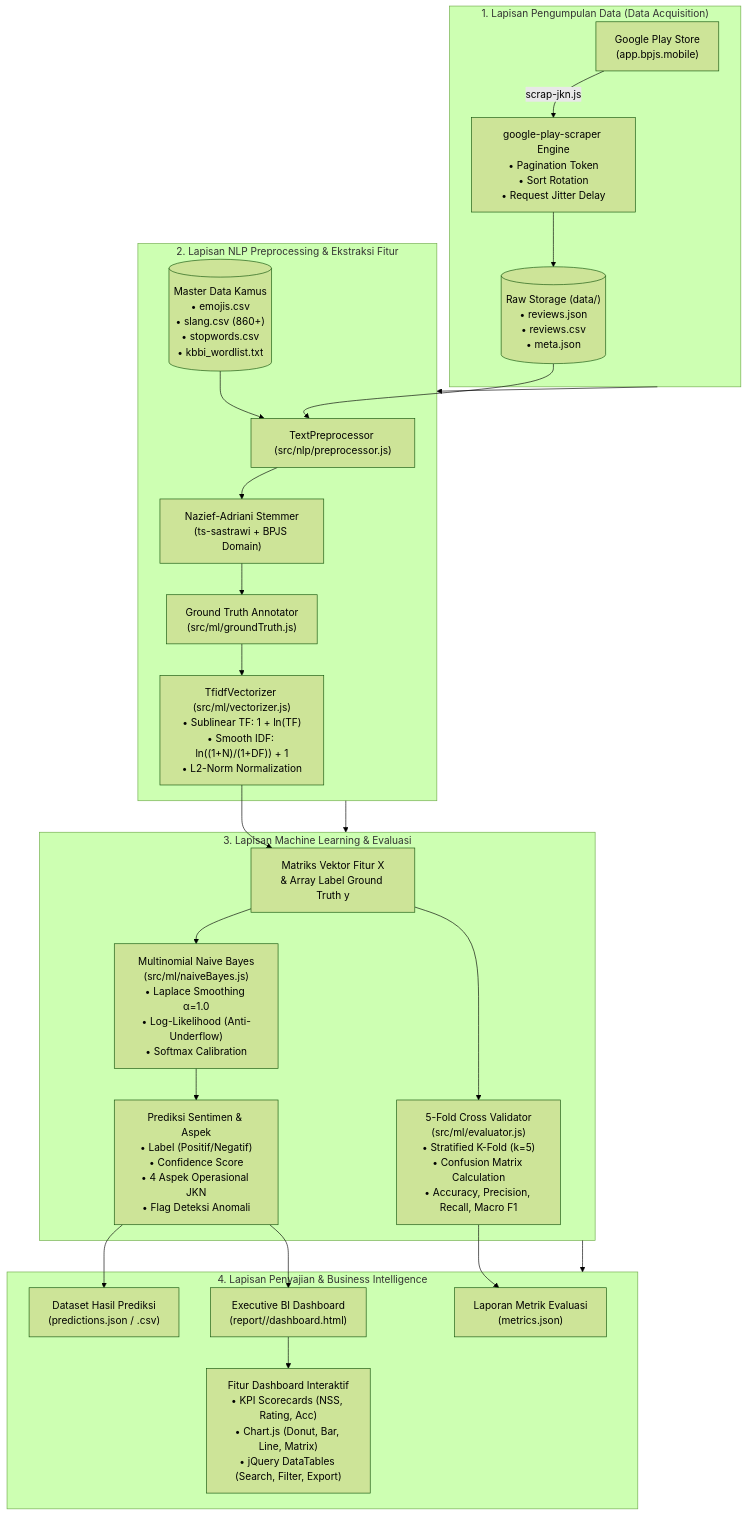
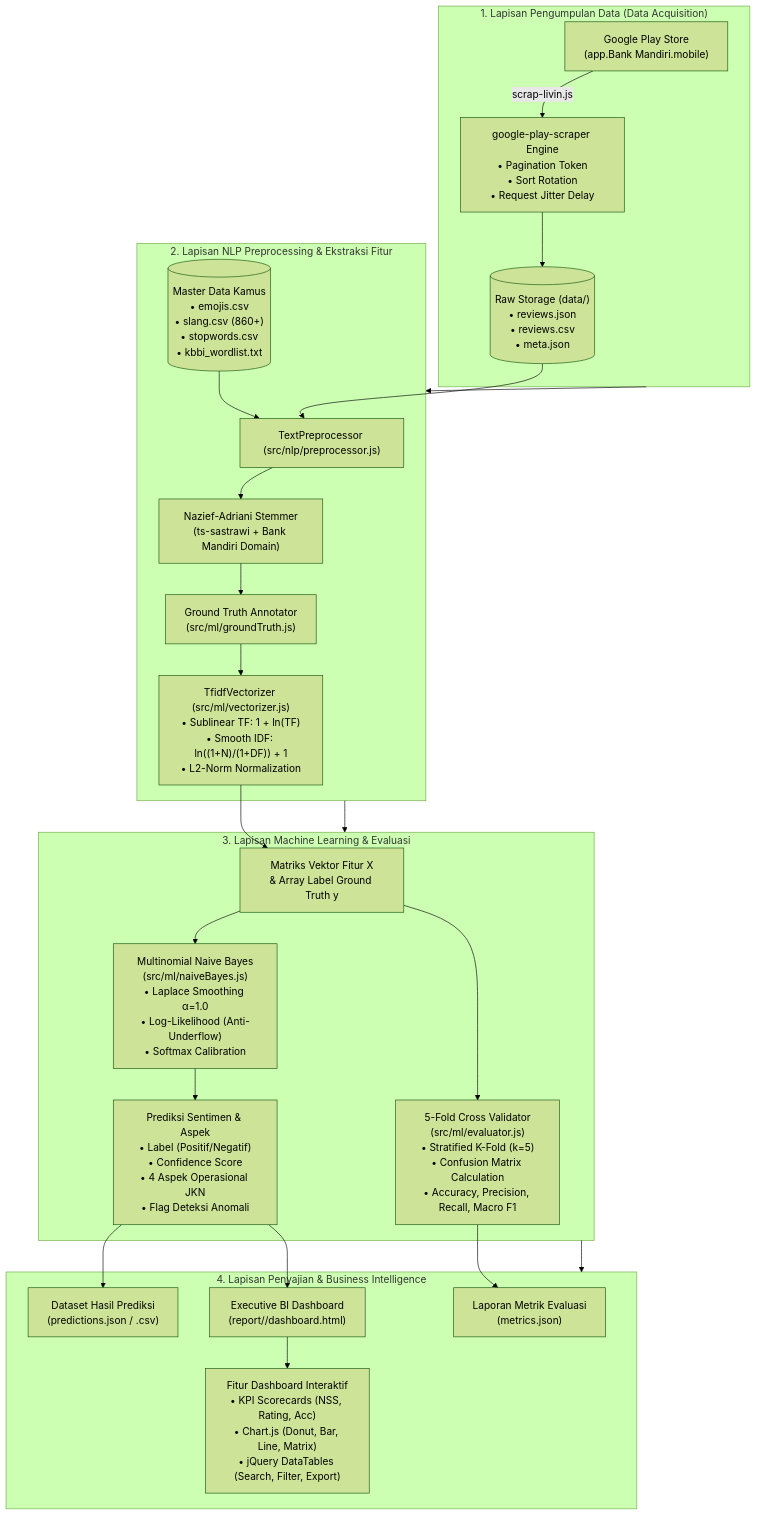
Before and after one commit to presidendjakarta/Binus-s2-Business-Intelligence-and-Analytics-TK: the first of 6 diagrams in docs/03_flowchart_dan_arsitektur.md, drawn with Mermaid (forest theme). The commit also changed other lines of this file and 57 other files, not shown here.

Commit message:
feat: implement Play Store data mining pipeline, NLP analysis tools, and comprehensive reporting system

````diff
--- a/docs/03_flowchart_dan_arsitektur.md
+++ b/docs/03_flowchart_dan_arsitektur.md
@@ -30,33 +30,33 @@
 ```mermaid
 flowchart TD
     subgraph Layer_1_Ingestion ["1. Lapisan Pengumpulan Data (Data Acquisition)"]
-        A1["Google Play Store<br>(app.bpjs.mobile)"] -->|scrap-jkn.js| A2["google-play-scraper Engine<br>• Pagination Token<br>• Sort Rotation<br>• Request Jitter Delay"]
+        A1["Google Play Store<br>(app.Bank Mandiri.mobile)"] -->|scrap-livin.js| A2["google-play-scraper Engine<br>• Pagination Token<br>• Sort Rotation<br>• Request Jitter Delay"]
         A2 --> A3[("Raw Storage (data/)<br>• reviews.json<br>• reviews.csv<br>• meta.json")]
     end
 
     subgraph Layer_2_Preparation ["2. Lapisan NLP Preprocessing & Ekstraksi Fitur"]
         A3 --> B1["TextPreprocessor (src/nlp/preprocessor.js)"]
         B0[("Master Data Kamus<br>• emojis.csv<br>• slang.csv (860+)<br>• stopwords.csv<br>• kbbi_wordlist.txt")] --> B1
-        B1 --> B2["Nazief-Adriani Stemmer<br>(ts-sastrawi + BPJS Domain)"]
+        B1 --> B2["Nazief-Adriani Stemmer<br>(ts-sastrawi + Bank Mandiri Domain)"]
         B2 --> B3["Ground Truth Annotator<br>(src/ml/groundTruth.js)"]
         B3 --> B4["TfidfVectorizer (src/ml/vectorizer.js)<br>• Sublinear TF: 1 + ln(TF)<br>• Smooth IDF: ln((1+N)/(1+DF)) + 1<br>• L2-Norm Normalization"]
     end
 
     subgraph Layer_3_ML ["3. Lapisan Machine Learning & Evaluasi"]
         B4 --> C1["Matriks Vektor Fitur X<br>& Array Label Ground Truth y"]
         C1 --> C2["Multinomial Naive Bayes<br>(src/ml/naiveBayes.js)<br>• Laplace Smoothing α=1.0<br>• Log-Likelihood (Anti-Underflow)<br>• Softmax Calibration"]
         C1 --> C3["5-Fold Cross Validator<br>(src/ml/evaluator.js)<br>• Stratified K-Fold (k=5)<br>• Confusion Matrix Calculation<br>• Accuracy, Precision, Recall, Macro F1"]
         C2 --> C4["Prediksi Sentimen & Aspek<br>• Label (Positif/Negatif)<br>• Confidence Score<br>• 4 Aspek Operasional JKN<br>• Flag Deteksi Anomali"]
     end
 
     subgraph Layer_4_Presentation ["4. Lapisan Penyajian & Business Intelligence"]
         C3 --> D1["Laporan Metrik Evaluasi<br>(metrics.json)"]
         C4 --> D2["Dataset Hasil Prediksi<br>(predictions.json / .csv)"]
         C4 --> D3["Executive BI Dashboard<br>(report/<timestamp>/dashboard.html)"]
         D3 --> D4["Fitur Dashboard Interaktif<br>• KPI Scorecards (NSS, Rating, Acc)<br>• Chart.js (Donut, Bar, Line, Matrix)<br>• jQuery DataTables (Search, Filter, Export)"]
     end
 
     Layer_1_Ingestion --> Layer_2_Preparation
     Layer_2_Preparation --> Layer_3_ML
     Layer_3_ML --> Layer_4_Presentation
 ```
````
